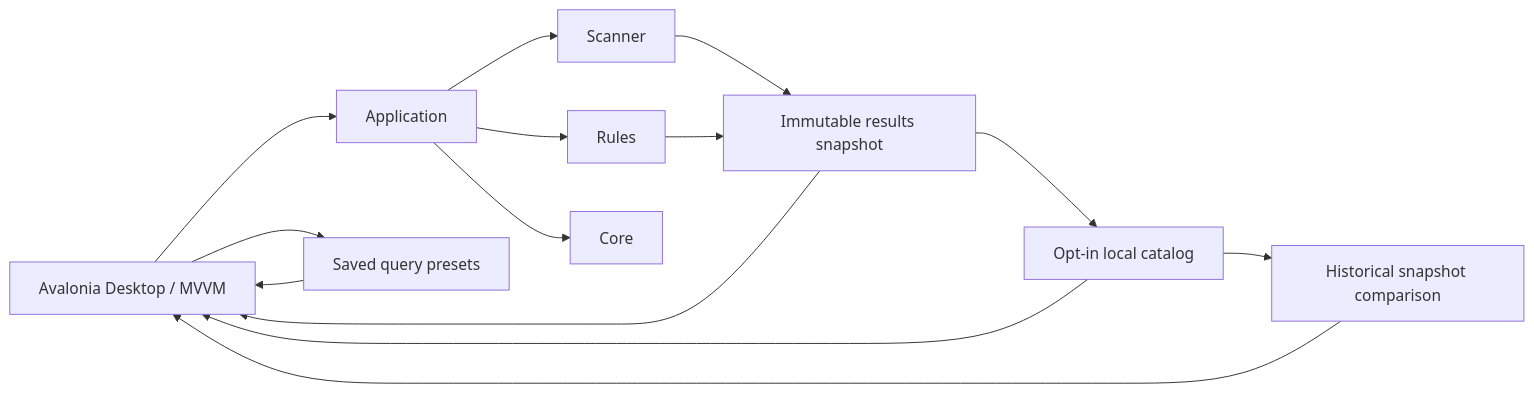
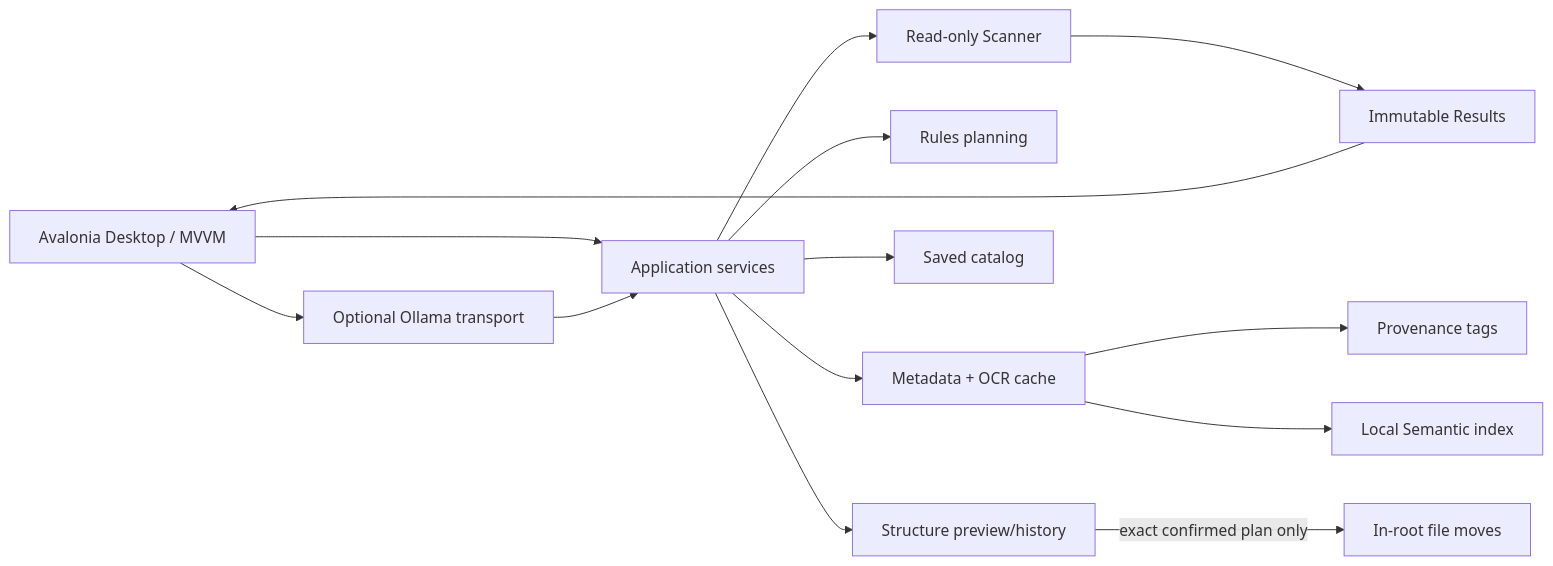
The diagram in docs/Architecture/00_System/00_Overview.md (nishdel/OpenSorSe), drawn with Mermaid before and after one commit. The commit also changed other lines of this file and 33 other files, not shown here.

````diff
--- a/docs/Architecture/00_System/00_Overview.md
+++ b/docs/Architecture/00_System/00_Overview.md
@@ -27,16 +23,16 @@
 ```mermaid
 flowchart LR
-    UI["Avalonia Desktop / MVVM"] --> Application["Application"]
-    Application --> Scanner["Scanner"]
-    Application --> Rules["Rules"]
-    Application --> Core["Core"]
-    Scanner --> Results["Immutable results snapshot"]
-    Rules --> Results
-    Results --> Catalog["Opt-in local catalog"]
-    Catalog --> UI
-    Catalog --> Compare["Historical snapshot comparison"]
-    Compare --> UI
-    UI --> Queries["Saved query presets"]
-    Queries --> UI
+    UI["Avalonia Desktop / MVVM"] --> App["Application services"]
+    App --> Scanner["Read-only Scanner"]
+    App --> Rules["Rules planning"]
+    App --> Content["Metadata + OCR cache"]
+    Content --> Tags["Provenance tags"]
+    Content --> Semantic["Local Semantic index"]
+    App --> Catalog["Saved catalog"]
+    App --> Structure["Structure preview/history"]
+    Structure -->|exact confirmed plan only| Files["In-root file moves"]
+    UI --> AI["Optional Ollama transport"]
+    AI --> App
+    Scanner --> Results["Immutable Results"]
     Results --> UI
 ```
````
